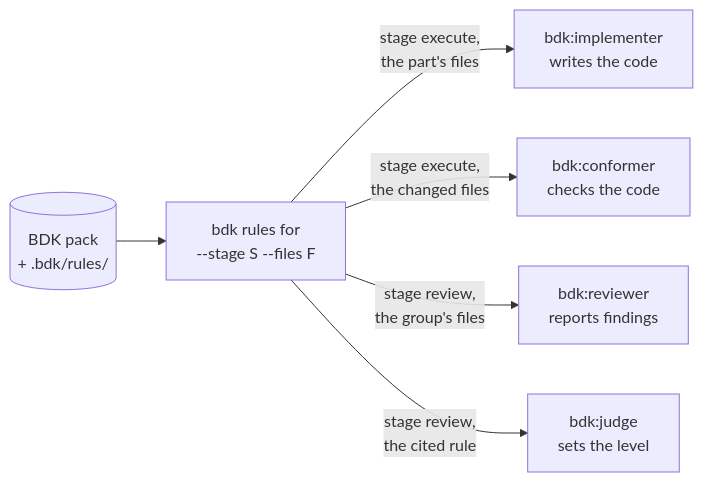
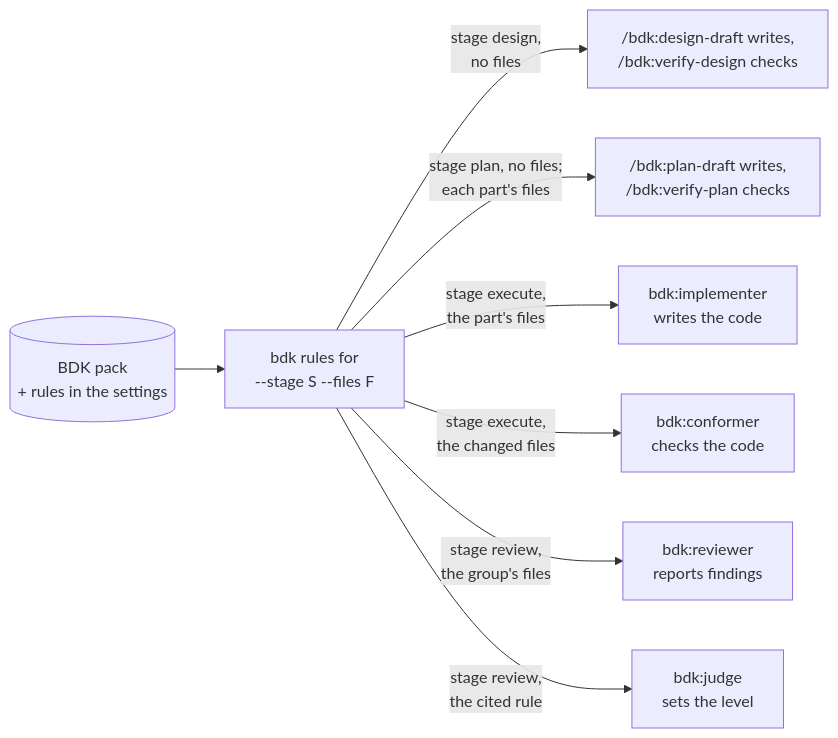
One commit to broneq/bdk changed the diagram in docs/concepts/rules.md. Above: the diagram before and after it, drawn with Mermaid. The commit also changed other lines of this file and 92 other files, not shown here.

First line of the commit message:
feat(bdk)!: project rules in the settings; design and plan rules reach their roles

````diff
--- a/docs/concepts/rules.md
+++ b/docs/concepts/rules.md
@@ -20,8 +20,10 @@
 ```mermaid
 flowchart LR
-  R[("BDK pack<br/>+ .bdk/rules/")] --> S["bdk rules for<br/>--stage S --files F"]
+  R[("BDK pack<br/>+ rules in the settings")] --> S["bdk rules for<br/>--stage S --files F"]
+  S -->|"stage design,<br/>no files"| D["/bdk:design-draft writes,<br/>/bdk:verify-design checks"]
+  S -->|"stage plan, no files;<br/>each part's files"| P["/bdk:plan-draft writes,<br/>/bdk:verify-plan checks"]
   S -->|"stage execute,<br/>the part's files"| I["bdk:implementer<br/>writes the code"]
   S -->|"stage execute,<br/>the changed files"| C["bdk:conformer<br/>checks the code"]
   S -->|"stage review,<br/>the group's files"| V["bdk:reviewer<br/>reports findings"]
   S -->|"stage review,<br/>the cited rule"| J["bdk:judge<br/>sets the level"]
 ```
````
